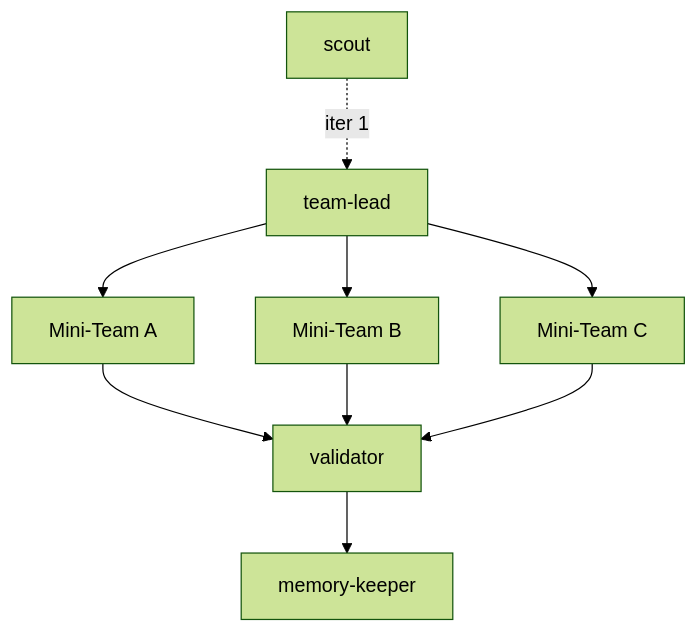
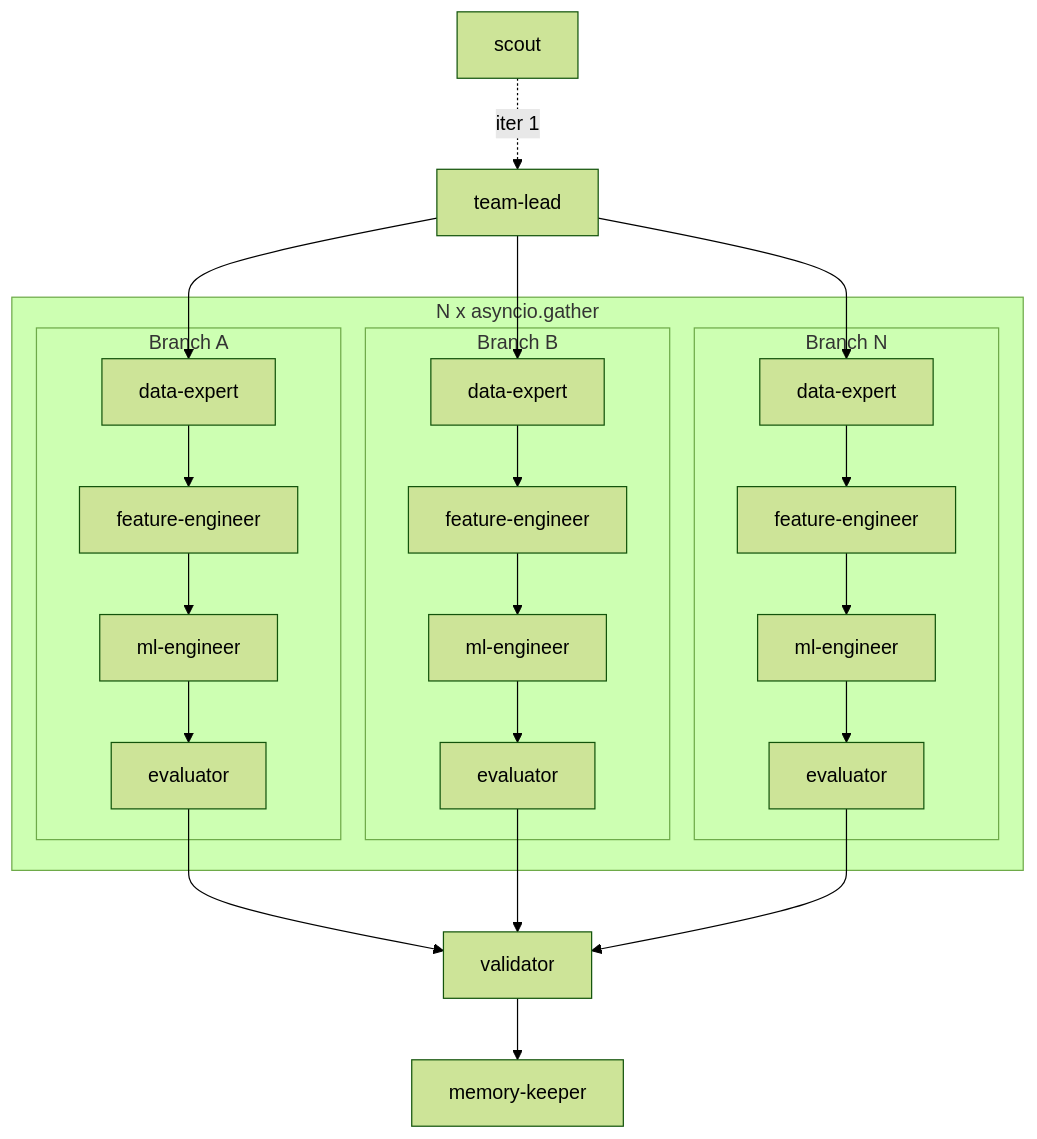
The diagram in gladius/topologies/templates/autonomous.md (KameniAlexNea/gladius-agent), drawn with Mermaid (forest theme) before and after one commit. The commit also changed 6 other files, not shown here.

````diff
--- a/gladius/topologies/templates/autonomous.md
+++ b/gladius/topologies/templates/autonomous.md
@@ -9,9 +9,27 @@
 ```mermaid
 graph TD
     SC[scout] -.->|iter 1| TL[team-lead]
-    TL --> P1[Mini-Team A]
-    TL --> P2[Mini-Team B]
-    TL --> P3[Mini-Team C]
-    P1 & P2 & P3 --> V[validator]
+    
+    subgraph Parallel_Execution ["N x asyncio.gather"]
+        subgraph Team_A ["Branch A"]
+            DE_A[data-expert] --> FE_A[feature-engineer] --> ME_A[ml-engineer] --> EV_A[evaluator]
+        end
+        subgraph Team_B ["Branch B"]
+            DE_B[data-expert] --> FE_B[feature-engineer] --> ME_B[ml-engineer] --> EV_B[evaluator]
+        end
+        subgraph Team_N ["Branch N"]
+            DE_N[data-expert] --> FE_N[feature-engineer] --> ME_N[ml-engineer] --> EV_N[evaluator]
+        end
+    end
+
+    TL --> DE_A
+    TL --> DE_B
+    TL --> DE_N
+    
+    EV_A --> V[validator]
+    EV_B --> V
+    EV_N --> V
+    
     V --> MK[memory-keeper]
+
 ```
````
